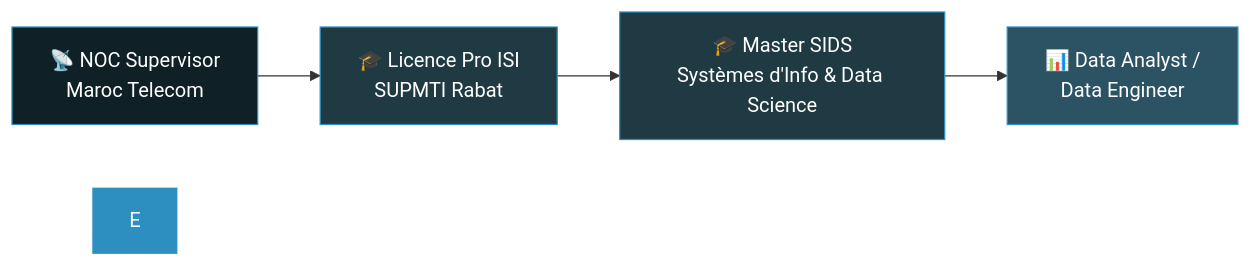
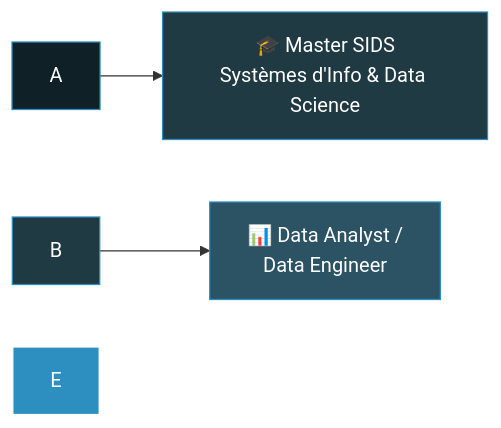
One commit to Khalifouille/Khalifouille changed the diagram in README.md. Above: the diagram before and after it, drawn with Mermaid. The commit also changed other lines of this file, not shown here.

````diff
--- a/README.md
+++ b/README.md
@@ -30,12 +28,11 @@
 ```mermaid
 graph LR
-    A["📡 NOC Supervisor<br/>Maroc Telecom"] --> B["🎓 Licence Pro ISI<br/>SUPMTI Rabat"]
-    B --> C["🎓 Master SIDS<br/>Systèmes d'Info & Data Science"]
-    C --> D["📊 Data Analyst /<br/>Data Engineer"]
+    A --> C["🎓 Master SIDS<br/>Systèmes d'Info & Data Science"]
+    B --> D["📊 Data Analyst /<br/>Data Engineer"]
 
     style A fill:#0f2027,stroke:#2c8fbf,color:#fff
     style B fill:#203a43,stroke:#2c8fbf,color:#fff
     style C fill:#203a43,stroke:#2c8fbf,color:#fff
     style D fill:#2c5364,stroke:#2c8fbf,color:#fff
     style E fill:#2c8fbf,stroke:#fff,color:#fff
 ```
````
